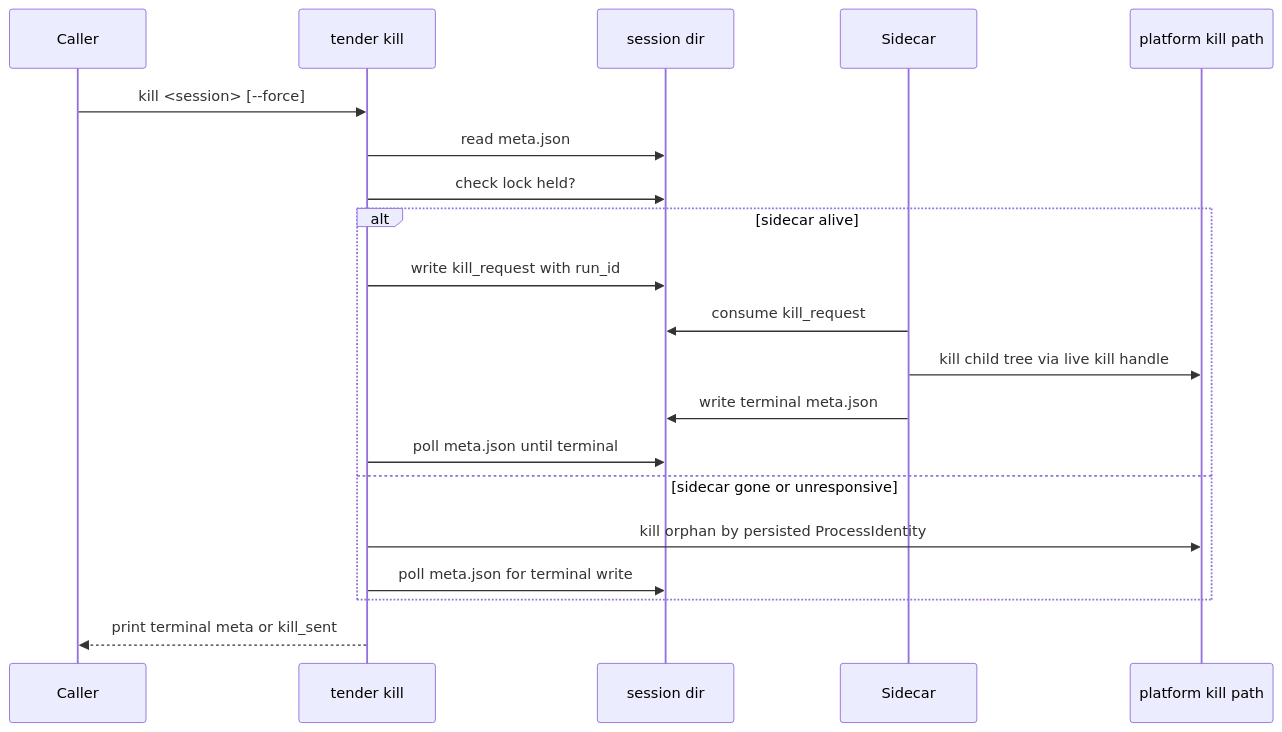
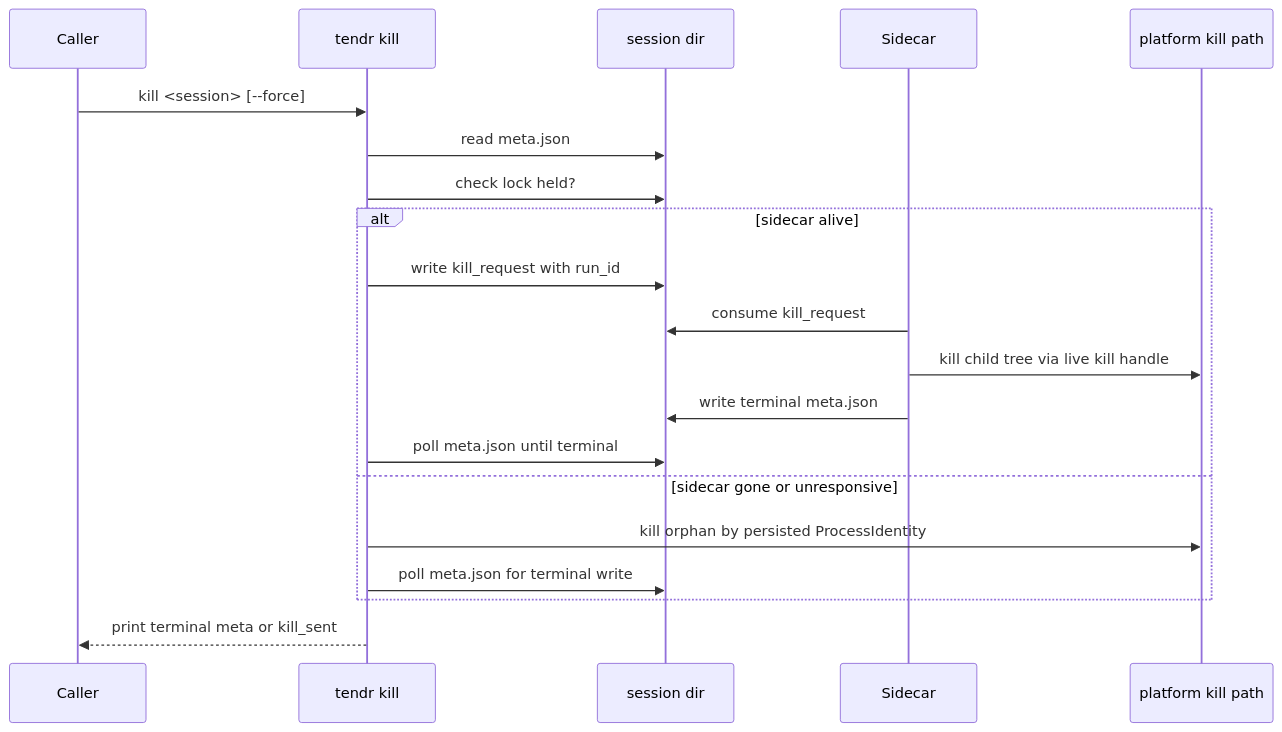
The third of 4 diagrams in docs/architecture/05-key-flows.md (grumpydevorg/agenttender), drawn with Mermaid before and after one commit. The commit also changed other lines of this file and 126 other files, not shown here.

First line of the commit message:
refactor!: rename tender to tendr

````diff
--- a/docs/architecture/05-key-flows.md
+++ b/docs/architecture/05-key-flows.md
@@ -65,23 +65,23 @@
 ```mermaid
 sequenceDiagram
     participant Caller
-    participant CLI as tender kill
+    participant CLI as tendr kill
     participant Session as session dir
     participant Sidecar
     participant OS as platform kill path
 
     Caller->>CLI: kill <session> [--force]
     CLI->>Session: read meta.json
     CLI->>Session: check lock held?
     alt sidecar alive
         CLI->>Session: write kill_request with run_id
         Sidecar->>Session: consume kill_request
         Sidecar->>OS: kill child tree via live kill handle
         Sidecar->>Session: write terminal meta.json
         CLI->>Session: poll meta.json until terminal
     else sidecar gone or unresponsive
         CLI->>OS: kill orphan by persisted ProcessIdentity
         CLI->>Session: poll meta.json for terminal write
     end
     CLI-->>Caller: print terminal meta or kill_sent
 ```
````
